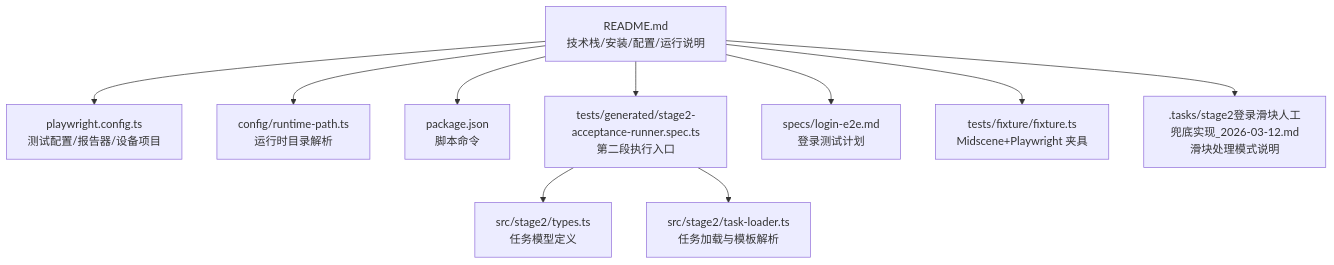
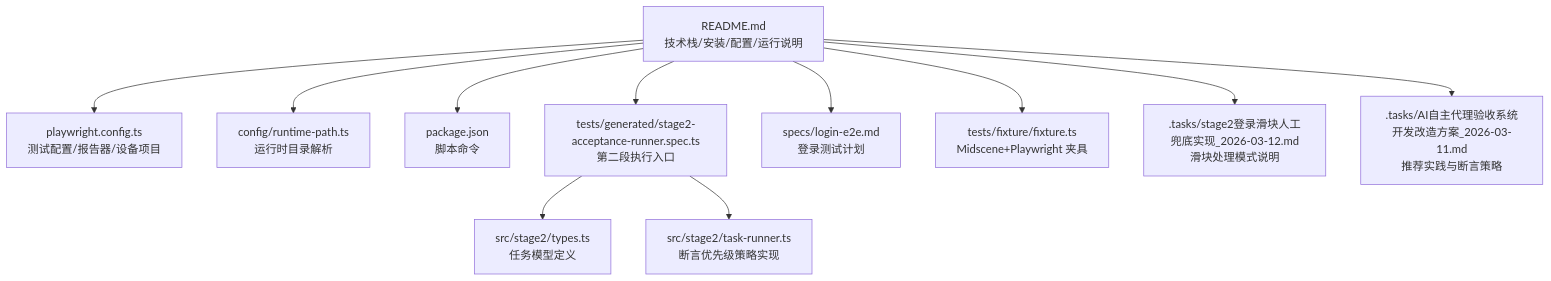
Before and after one commit to Jiane-EJ/playwright-mind: the first of 7 diagrams in .qoder/repowiki/zh/content/测试规范/测试规范.md, drawn with Mermaid. The commit also changed other lines of this file and 5 other files, not shown here.

````diff
--- a/.qoder/repowiki/zh/content/测试规范/测试规范.md
+++ b/.qoder/repowiki/zh/content/测试规范/测试规范.md
@@ -43,12 +44,13 @@
 ```mermaid
 graph TB
 A["README.md<br/>技术栈/安装/配置/运行说明"] --> B["playwright.config.ts<br/>测试配置/报告器/设备项目"]
 A --> C["config/runtime-path.ts<br/>运行时目录解析"]
 A --> D["package.json<br/>脚本命令"]
 A --> E["tests/generated/stage2-acceptance-runner.spec.ts<br/>第二段执行入口"]
 A --> F["specs/login-e2e.md<br/>登录测试计划"]
 A --> G["tests/fixture/fixture.ts<br/>Midscene+Playwright 夹具"]
 E --> H["src/stage2/types.ts<br/>任务模型定义"]
-E --> I["src/stage2/task-loader.ts<br/>任务加载与模板解析"]
+E --> I["src/stage2/task-runner.ts<br/>断言优先级策略实现"]
 A --> J[".tasks/stage2登录滑块人工兜底实现_2026-03-12.md<br/>滑块处理模式说明"]
+A --> K[".tasks/AI自主代理验收系统开发改造方案_2026-03-11.md<br/>推荐实践与断言策略"]
 ```
````
